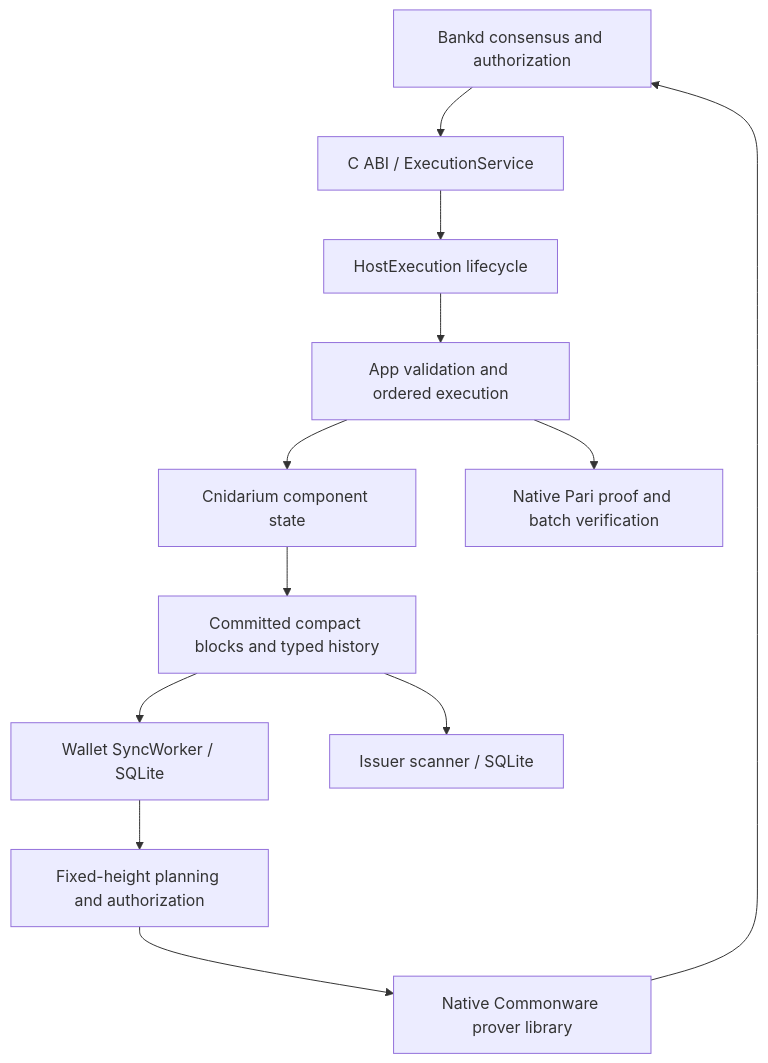
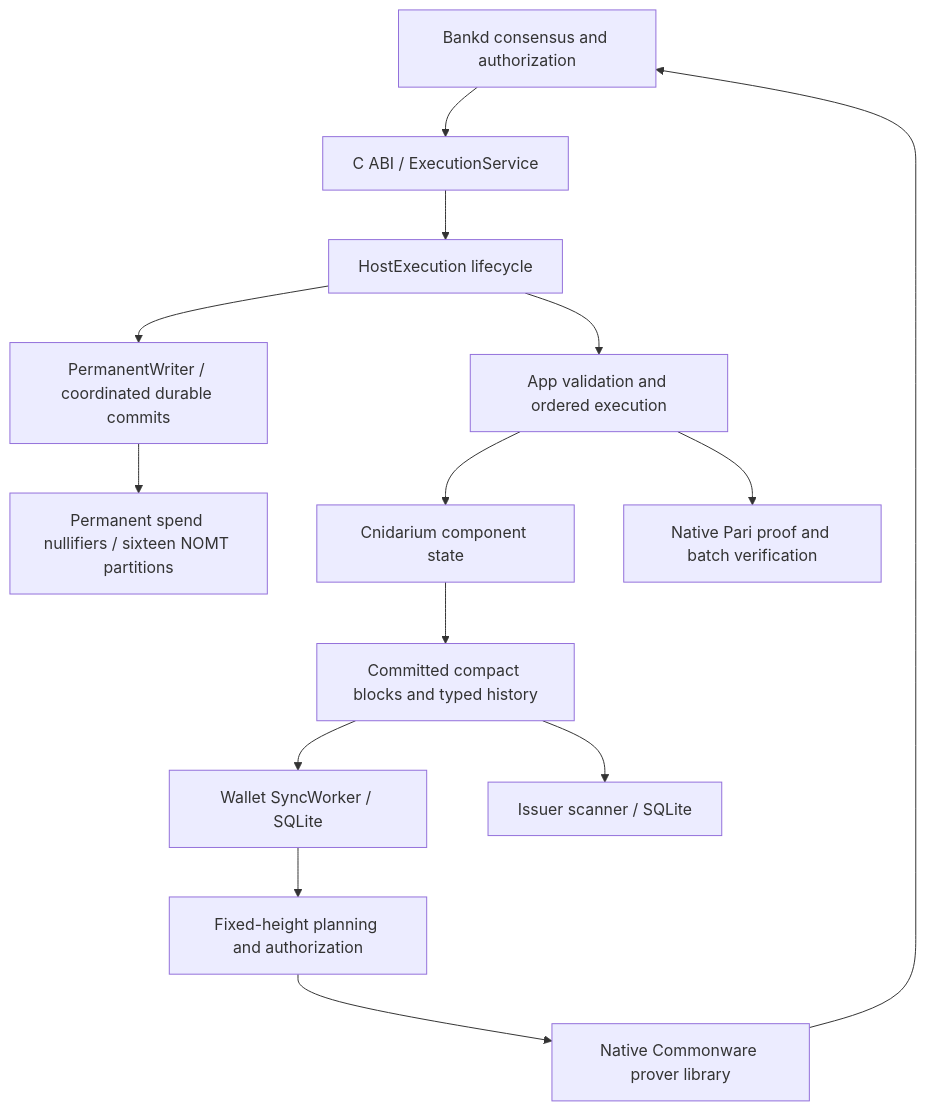
Before and after one commit to mizufinance/shieldd: the diagram in docs/architecture.md, drawn with Mermaid. The commit also changed other lines of this file and 162 other files, not shown here.

Commit message:
Replace historical spend nullifiers with permanent authenticated NOMT storage

````diff
--- a/docs/architecture.md
+++ b/docs/architecture.md
@@ -3,14 +3,16 @@
 ```mermaid
 flowchart TD
     Bankd[Bankd consensus and authorization] --> ABI[C ABI / ExecutionService]
     ABI --> Host[HostExecution lifecycle]
+    Host --> Writer[PermanentWriter / coordinated durable commits]
+    Writer --> NOMT[Permanent spend nullifiers / sixteen NOMT partitions]
     Host --> App[App validation and ordered execution]
     App --> State[Cnidarium component state]
     App --> Proofs[Native Pari proof and batch verification]
     State --> Blocks[Committed compact blocks and typed history]
     Blocks --> Wallet[Wallet SyncWorker / SQLite]
     Blocks --> Scanner[Issuer scanner / SQLite]
     Wallet --> Plan[Fixed-height planning and authorization]
     Plan --> Prover[Native Commonware prover library]
     Prover --> Bankd
 ```
````
